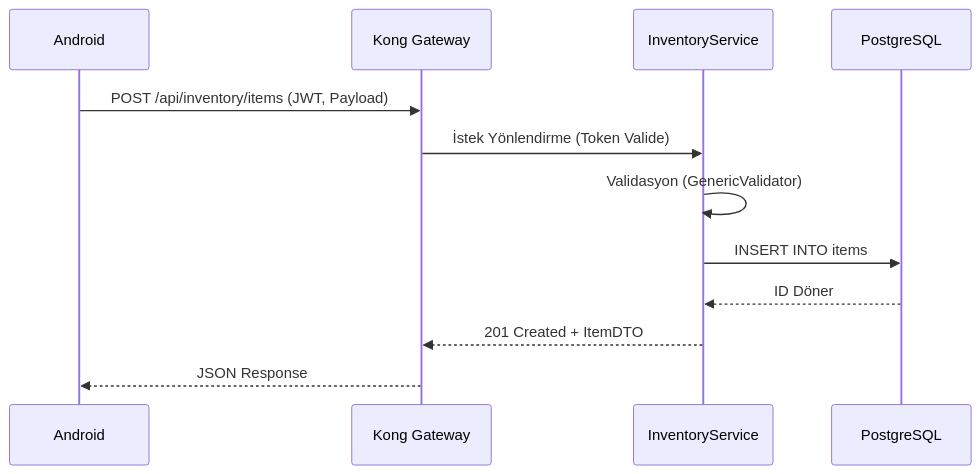
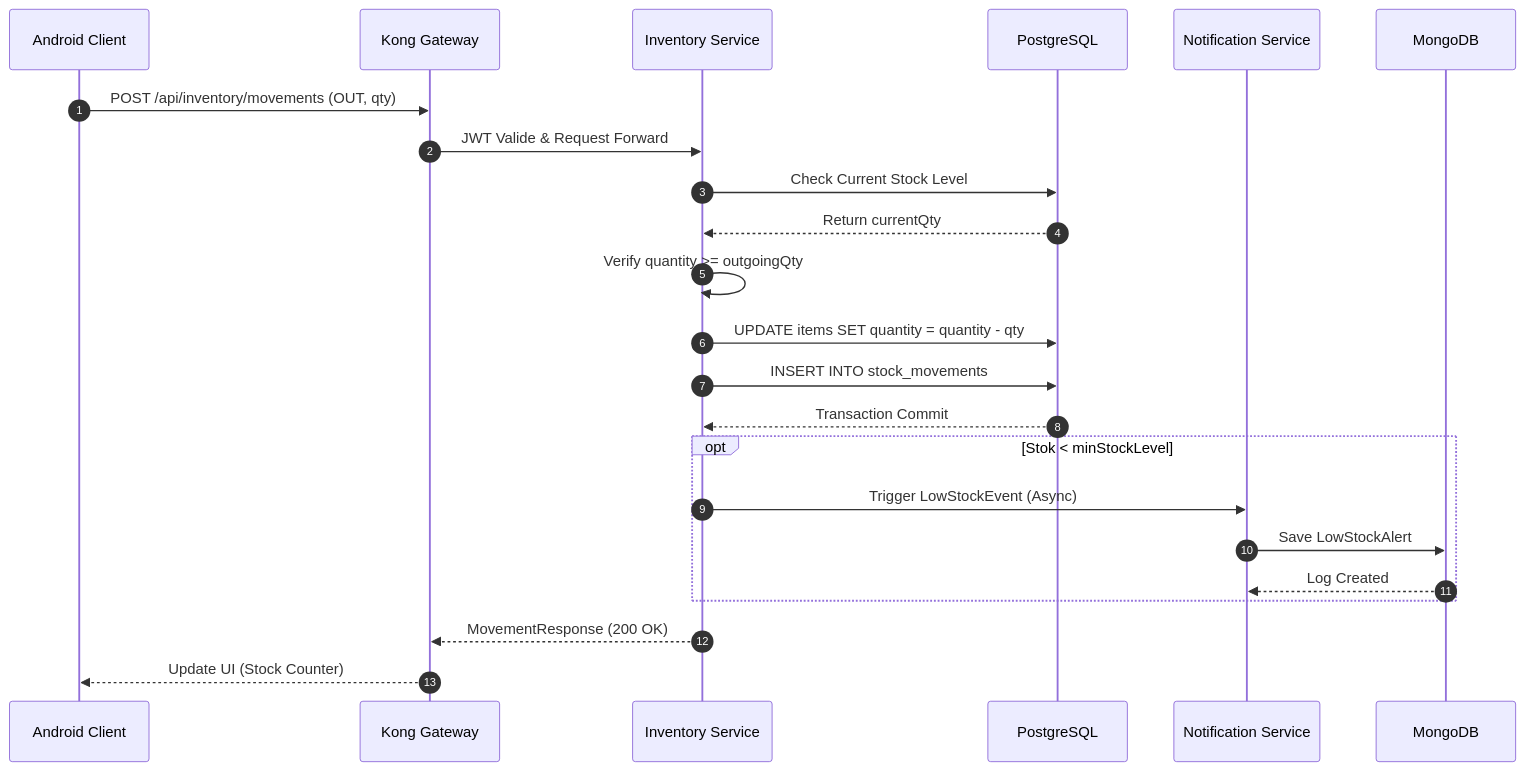
Before and after one commit to EfekanDemir/Inventory_System: the fourth of 5 diagrams in README.md, drawn with Mermaid. The commit also changed other lines of this file and 436 other files, not shown here.

Commit message:
feat: implement UserService logic and add StockMovementService unit tests

````diff
--- a/README.md
+++ b/README.md
@@ -163,15 +190,26 @@
 ```mermaid
 sequenceDiagram
-    participant A as Android
-    participant K as Kong Gateway
-    participant I as InventoryService
+    autonumber
+    participant A as Android Client
+    participant G as Kong Gateway
+    participant I as Inventory Service
     participant DB as PostgreSQL
+    participant N as Notification Service
+    participant M as MongoDB
 
-    A->>K: POST /api/inventory/items (JWT, Payload)
-    K->>I: İstek Yönlendirme (Token Valide)
-    I->>I: Validasyon (GenericValidator)
-    I->>DB: INSERT INTO items
-    DB-->>I: ID Döner
-    I-->>K: 201 Created + ItemDTO
-    K-->>A: JSON Response
+    A->>G: POST /api/inventory/movements (OUT, qty)
+    G->>I: JWT Valide & Request Forward
+    I->>DB: Check Current Stock Level
+    DB-->>I: Return currentQty
+    I->>I: Verify quantity >= outgoingQty
+    I->>DB: UPDATE items SET quantity = quantity - qty
+    I->>DB: INSERT INTO stock_movements
+    DB-->>I: Transaction Commit
+    opt Stok < minStockLevel
+        I->>N: Trigger LowStockEvent (Async)
+        N->>M: Save LowStockAlert
+        M-->>N: Log Created
+    end
+    I-->>G: MovementResponse (200 OK)
+    G-->>A: Update UI (Stock Counter)
 ```
````
